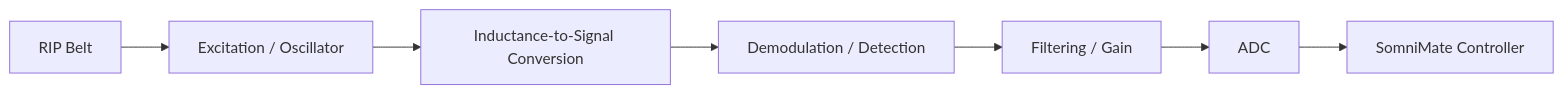
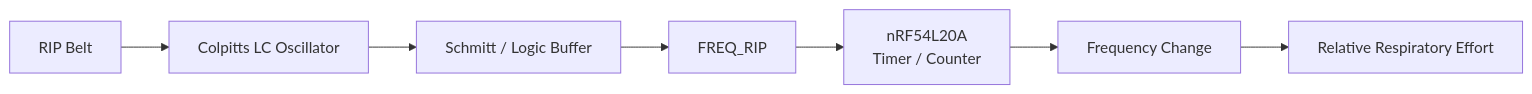
Before and after one commit to CDonohoe-Designs/SomniMate: the third of 5 diagrams in README.md, drawn with Mermaid. The commit also changed other lines of this file, not shown here.

Commit message:
Document first-pass RIP oscillator design

````diff
--- a/README.md
+++ b/README.md
@@ -103,9 +133,9 @@
 ```mermaid
 flowchart LR
-    A["RIP Belt"] --> B["Excitation / Oscillator"]
-    B --> C["Inductance-to-Signal Conversion"]
-    C --> D["Demodulation / Detection"]
-    D --> E["Filtering / Gain"]
-    E --> F["ADC"]
-    F --> G["SomniMate Controller"]
+    A["RIP Belt"] --> B["Colpitts LC Oscillator"]
+    B --> C["Schmitt / Logic Buffer"]
+    C --> D["FREQ_RIP"]
+    D --> E["nRF54L20A<br/>Timer / Counter"]
+    E --> F["Frequency Change"]
+    F --> G["Relative Respiratory Effort"]
 ```
````
